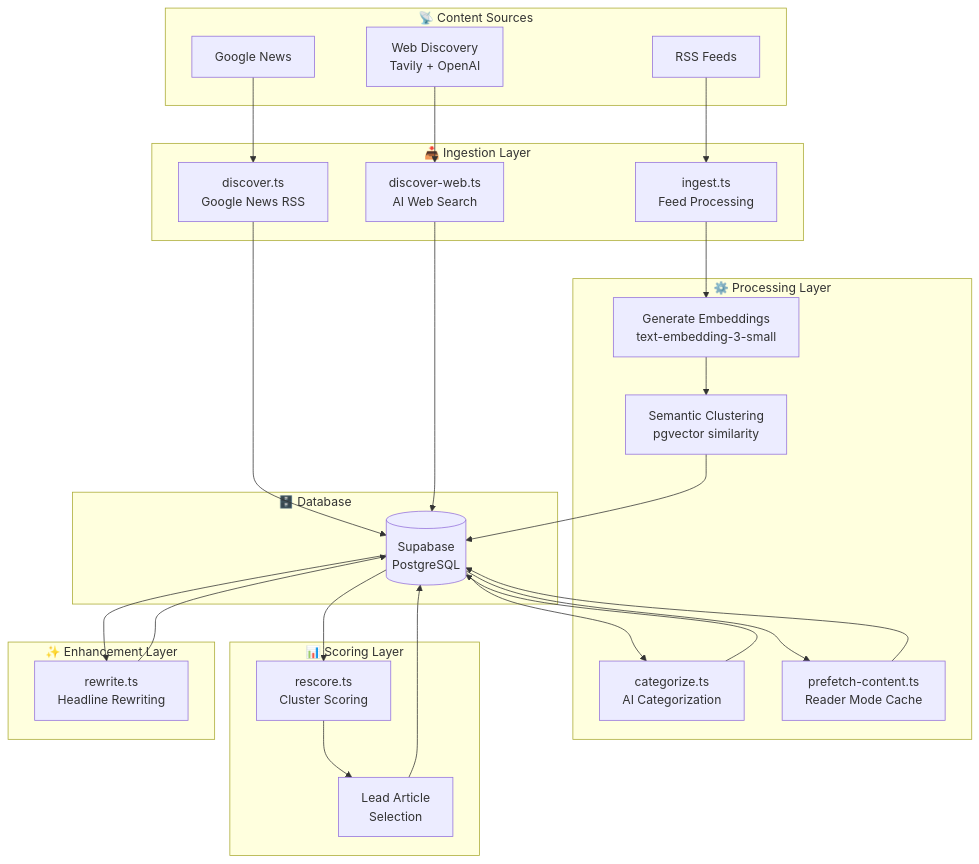
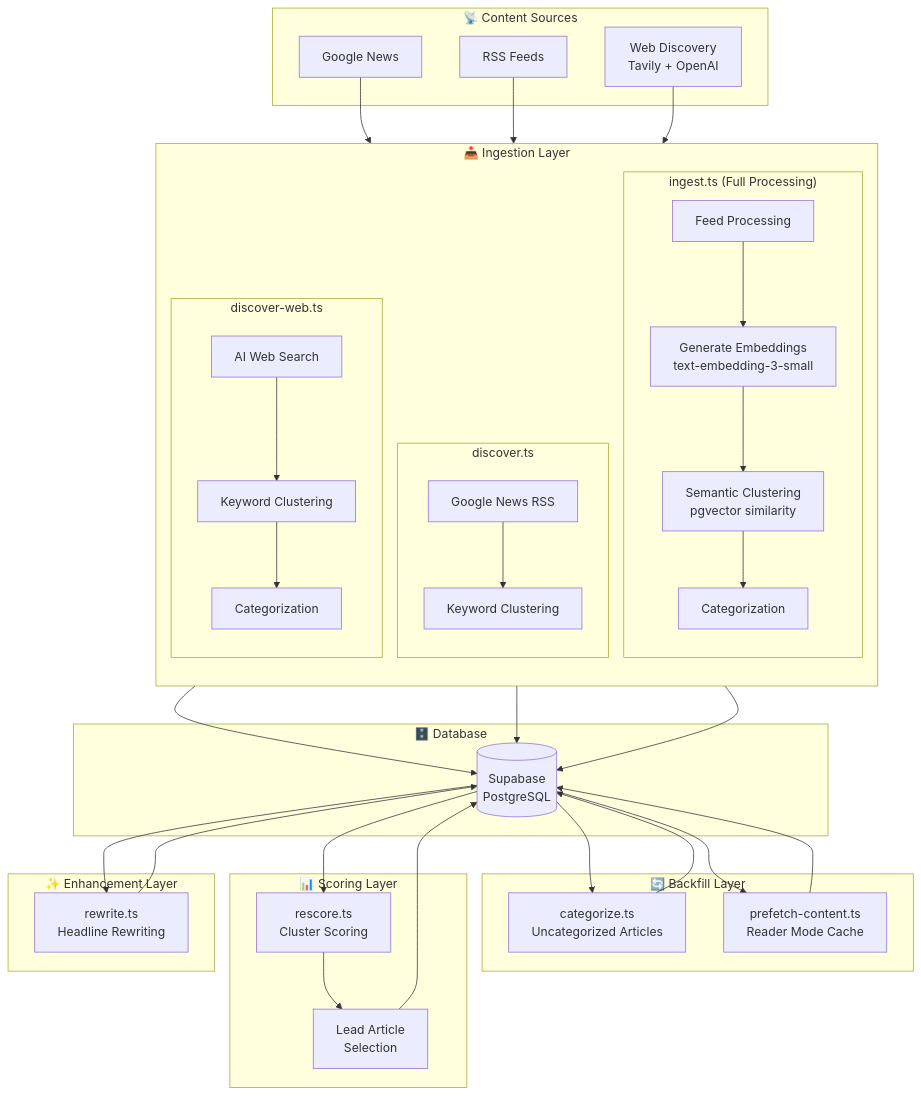
One commit to dwahbe/climate-river changed the second of 6 diagrams in README.md. Above: the diagram before and after it, drawn with Mermaid. The commit also changed other lines of this file, not shown here.

````diff
--- a/README.md
+++ b/README.md
@@ -38,57 +38,72 @@
 ```mermaid
 flowchart TB
     subgraph Sources["📡 Content Sources"]
         RSS[RSS Feeds]
         GN[Google News]
         WEB[Web Discovery<br/>Tavily + OpenAI]
     end
 
     subgraph Ingest["📥 Ingestion Layer"]
-        DISC[discover.ts<br/>Google News RSS]
-        ING[ingest.ts<br/>Feed Processing]
-        WEBDISC[discover-web.ts<br/>AI Web Search]
+        direction TB
+        subgraph DiscoverPath["discover.ts"]
+            DISC[Google News RSS]
+            DISC_KW[Keyword Clustering]
+        end
+        subgraph IngestPath["ingest.ts (Full Processing)"]
+            ING[Feed Processing]
+            EMB[Generate Embeddings<br/>text-embedding-3-small]
+            SEM_CLUST[Semantic Clustering<br/>pgvector similarity]
+            ING_CAT[Categorization]
+        end
+        subgraph WebPath["discover-web.ts"]
+            WEBDISC[AI Web Search]
+            WEB_KW[Keyword Clustering]
+            WEB_CAT[Categorization]
+        end
     end
 
-    subgraph Process["⚙️ Processing Layer"]
-        EMB[Generate Embeddings<br/>text-embedding-3-small]
-        CLUST[Semantic Clustering<br/>pgvector similarity]
-        CAT[categorize.ts<br/>AI Categorization]
+    subgraph Backfill["🔄 Backfill Layer"]
+        CAT[categorize.ts<br/>Uncategorized Articles]
         PRE[prefetch-content.ts<br/>Reader Mode Cache]
     end
 
     subgraph Score["📊 Scoring Layer"]
         RESCORE[rescore.ts<br/>Cluster Scoring]
         LEAD[Lead Article<br/>Selection]
     end
 
     subgraph Enhance["✨ Enhancement Layer"]
         REWRITE[rewrite.ts<br/>Headline Rewriting]
     end
 
     subgraph Storage["🗄️ Database"]
         DB[(Supabase<br/>PostgreSQL)]
     end
 
+    GN --> DISC
+    DISC --> DISC_KW
+    DISC_KW --> DB
+
     RSS --> ING
-    GN --> DISC
+    ING --> EMB
+    EMB --> SEM_CLUST
+    SEM_CLUST --> ING_CAT
+    ING_CAT --> DB
+
     WEB --> WEBDISC
-
-    DISC --> DB
-    ING --> EMB
-    WEBDISC --> DB
-
-    EMB --> CLUST
-    CLUST --> DB
+    WEBDISC --> WEB_KW
+    WEB_KW --> WEB_CAT
+    WEB_CAT --> DB
 
     DB --> CAT
     DB --> PRE
     CAT --> DB
     PRE --> DB
 
     DB --> RESCORE
     RESCORE --> LEAD
     LEAD --> DB
 
     DB --> REWRITE
     REWRITE --> DB
 ```
````
